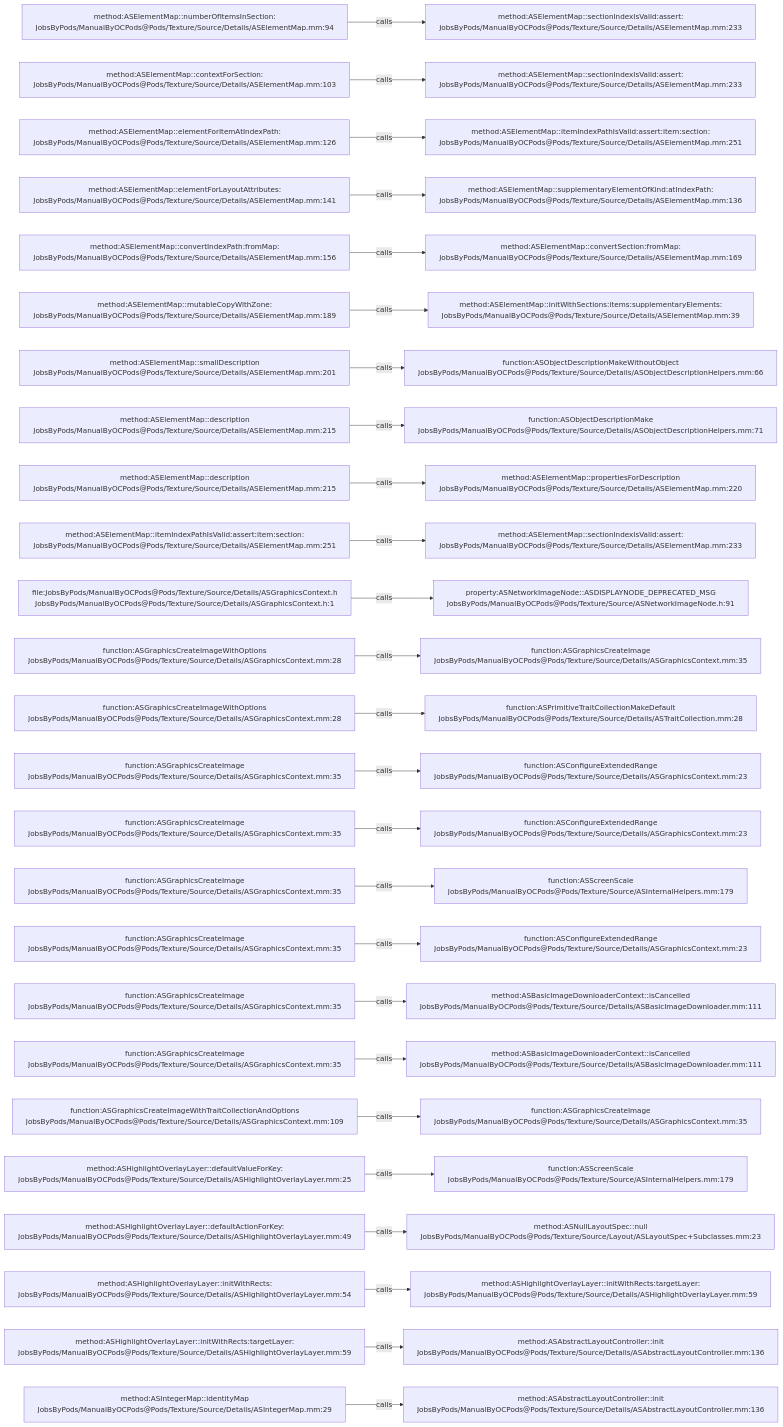
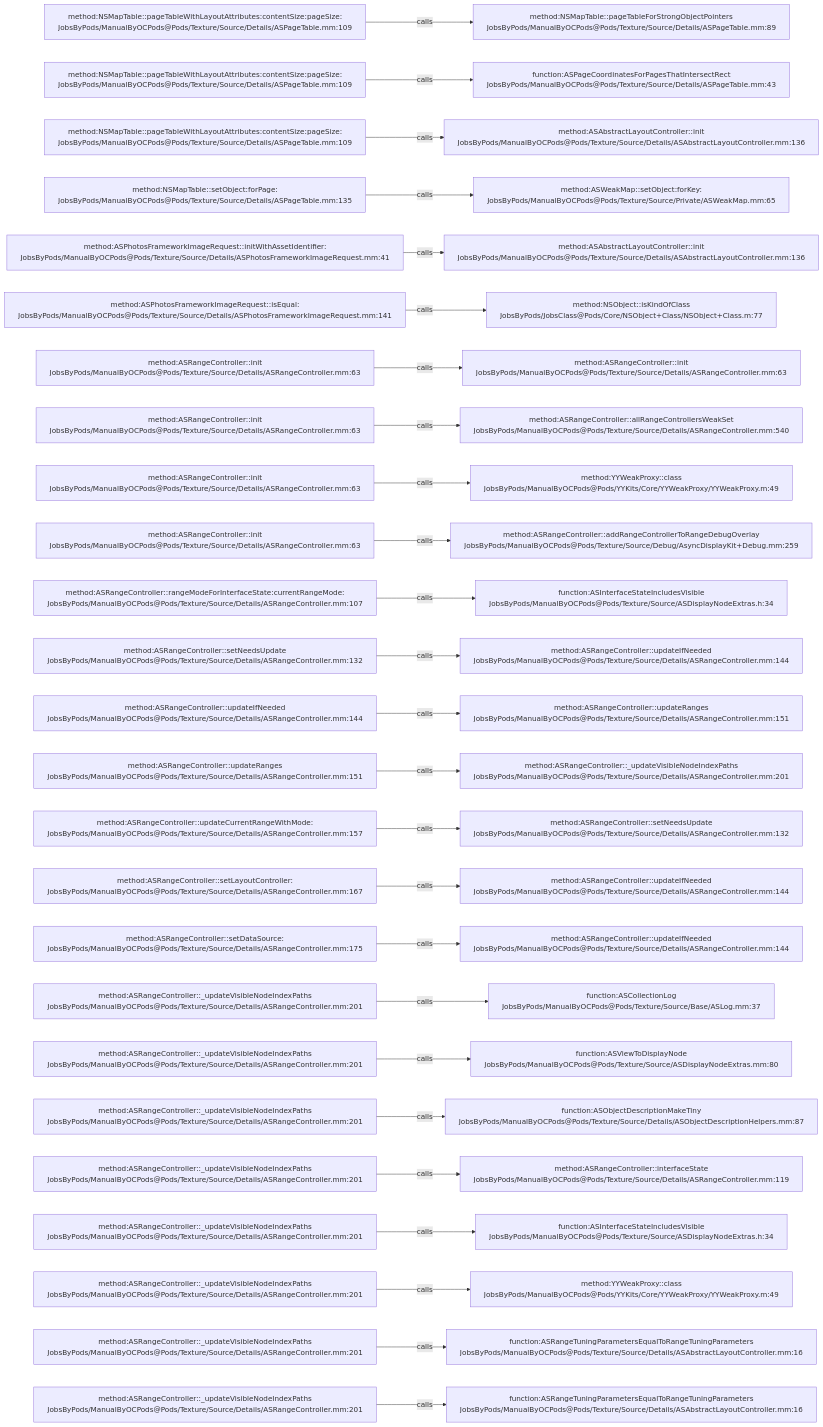
One commit to JobsKits/JobsOCBaseConfigDemo changed the diagram in .codegraph/codegraph.md/graphs/calls-165.md. Above: the diagram before and after it, drawn with Mermaid. The commit also changed 1223 other files, not shown here.

````diff
--- a/.codegraph/codegraph.md/graphs/calls-165.md
+++ b/.codegraph/codegraph.md/graphs/calls-165.md
@@ -13,78 +13,78 @@
 ```mermaid
 flowchart LR
-  S1["method:ASElementMap::numberOfItemsInSection:<br/>JobsByPods/ManualByOCPods@Pods/Texture/Source/Details/ASElementMap.mm:94"]
-  T1["method:ASElementMap::sectionIndexIsValid:assert:<br/>JobsByPods/ManualByOCPods@Pods/Texture/Source/Details/ASElementMap.mm:233"]
+  S1["method:NSMapTable::pageTableWithLayoutAttributes:contentSize:pageSize:<br/>JobsByPods/ManualByOCPods@Pods/Texture/Source/Details/ASPageTable.mm:109"]
+  T1["method:NSMapTable::pageTableForStrongObjectPointers<br/>JobsByPods/ManualByOCPods@Pods/Texture/Source/Details/ASPageTable.mm:89"]
   S1 -->|calls| T1
-  S2["method:ASElementMap::contextForSection:<br/>JobsByPods/ManualByOCPods@Pods/Texture/Source/Details/ASElementMap.mm:103"]
-  T2["method:ASElementMap::sectionIndexIsValid:assert:<br/>JobsByPods/ManualByOCPods@Pods/Texture/Source/Details/ASElementMap.mm:233"]
+  S2["method:NSMapTable::pageTableWithLayoutAttributes:contentSize:pageSize:<br/>JobsByPods/ManualByOCPods@Pods/Texture/Source/Details/ASPageTable.mm:109"]
+  T2["function:ASPageCoordinatesForPagesThatIntersectRect<br/>JobsByPods/ManualByOCPods@Pods/Texture/Source/Details/ASPageTable.mm:43"]
   S2 -->|calls| T2
-  S3["method:ASElementMap::elementForItemAtIndexPath:<br/>JobsByPods/ManualByOCPods@Pods/Texture/Source/Details/ASElementMap.mm:126"]
-  T3["method:ASElementMap::itemIndexPathIsValid:assert:item:section:<br/>JobsByPods/ManualByOCPods@Pods/Texture/Source/Details/ASElementMap.mm:251"]
+  S3["method:NSMapTable::pageTableWithLayoutAttributes:contentSize:pageSize:<br/>JobsByPods/ManualByOCPods@Pods/Texture/Source/Details/ASPageTable.mm:109"]
+  T3["method:ASAbstractLayoutController::init<br/>JobsByPods/ManualByOCPods@Pods/Texture/Source/Details/ASAbstractLayoutController.mm:136"]
   S3 -->|calls| T3
-  S4["method:ASElementMap::elementForLayoutAttributes:<br/>JobsByPods/ManualByOCPods@Pods/Texture/Source/Details/ASElementMap.mm:141"]
-  T4["method:ASElementMap::supplementaryElementOfKind:atIndexPath:<br/>JobsByPods/ManualByOCPods@Pods/Texture/Source/Details/ASElementMap.mm:136"]
+  S4["method:NSMapTable::setObject:forPage:<br/>JobsByPods/ManualByOCPods@Pods/Texture/Source/Details/ASPageTable.mm:135"]
+  T4["method:ASWeakMap::setObject:forKey:<br/>JobsByPods/ManualByOCPods@Pods/Texture/Source/Private/ASWeakMap.mm:65"]
   S4 -->|calls| T4
-  S5["method:ASElementMap::convertIndexPath:fromMap:<br/>JobsByPods/ManualByOCPods@Pods/Texture/Source/Details/ASElementMap.mm:156"]
-  T5["method:ASElementMap::convertSection:fromMap:<br/>JobsByPods/ManualByOCPods@Pods/Texture/Source/Details/ASElementMap.mm:169"]
+  S5["method:ASPhotosFrameworkImageRequest::initWithAssetIdentifier:<br/>JobsByPods/ManualByOCPods@Pods/Texture/Source/Details/ASPhotosFrameworkImageRequest.mm:41"]
+  T5["method:ASAbstractLayoutController::init<br/>JobsByPods/ManualByOCPods@Pods/Texture/Source/Details/ASAbstractLayoutController.mm:136"]
   S5 -->|calls| T5
-  S6["method:ASElementMap::mutableCopyWithZone:<br/>JobsByPods/ManualByOCPods@Pods/Texture/Source/Details/ASElementMap.mm:189"]
-  T6["method:ASElementMap::initWithSections:items:supplementaryElements:<br/>JobsByPods/ManualByOCPods@Pods/Texture/Source/Details/ASElementMap.mm:39"]
+  S6["method:ASPhotosFrameworkImageRequest::isEqual:<br/>JobsByPods/ManualByOCPods@Pods/Texture/Source/Details/ASPhotosFrameworkImageRequest.mm:141"]
+  T6["method:NSObject::isKindOfClass<br/>JobsByPods/JobsClass@Pods/Core/NSObject+Class/NSObject+Class.m:77"]
   S6 -->|calls| T6
-  S7["method:ASElementMap::smallDescription<br/>JobsByPods/ManualByOCPods@Pods/Texture/Source/Details/ASElementMap.mm:201"]
-  T7["function:ASObjectDescriptionMakeWithoutObject<br/>JobsByPods/ManualByOCPods@Pods/Texture/Source/Details/ASObjectDescriptionHelpers.mm:66"]
+  S7["method:ASRangeController::init<br/>JobsByPods/ManualByOCPods@Pods/Texture/Source/Details/ASRangeController.mm:63"]
+  T7["method:ASRangeController::init<br/>JobsByPods/ManualByOCPods@Pods/Texture/Source/Details/ASRangeController.mm:63"]
   S7 -->|calls| T7
-  S8["method:ASElementMap::description<br/>JobsByPods/ManualByOCPods@Pods/Texture/Source/Details/ASElementMap.mm:215"]
-  T8["function:ASObjectDescriptionMake<br/>JobsByPods/ManualByOCPods@Pods/Texture/Source/Details/ASObjectDescriptionHelpers.mm:71"]
+  S8["method:ASRangeController::init<br/>JobsByPods/ManualByOCPods@Pods/Texture/Source/Details/ASRangeController.mm:63"]
+  T8["method:ASRangeController::allRangeControllersWeakSet<br/>JobsByPods/ManualByOCPods@Pods/Texture/Source/Details/ASRangeController.mm:540"]
   S8 -->|calls| T8
-  S9["method:ASElementMap::description<br/>JobsByPods/ManualByOCPods@Pods/Texture/Source/Details/ASElementMap.mm:215"]
-  T9["method:ASElementMap::propertiesForDescription<br/>JobsByPods/ManualByOCPods@Pods/Texture/Source/Details/ASElementMap.mm:220"]
+  S9["method:ASRangeController::init<br/>JobsByPods/ManualByOCPods@Pods/Texture/Source/Details/ASRangeController.mm:63"]
+  T9["method:YYWeakProxy::class<br/>JobsByPods/ManualByOCPods@Pods/YYKits/Core/YYWeakProxy/YYWeakProxy.m:49"]
   S9 -->|calls| T9
-  S10["method:ASElementMap::itemIndexPathIsValid:assert:item:section:<br/>JobsByPods/ManualByOCPods@Pods/Texture/Source/Details/ASElementMap.mm:251"]
-  T10["method:ASElementMap::sectionIndexIsValid:assert:<br/>JobsByPods/ManualByOCPods@Pods/Texture/Source/Details/ASElementMap.mm:233"]
+  S10["method:ASRangeController::init<br/>JobsByPods/ManualByOCPods@Pods/Texture/Source/Details/ASRangeController.mm:63"]
+  T10["method:ASRangeController::addRangeControllerToRangeDebugOverlay<br/>JobsByPods/ManualByOCPods@Pods/Texture/Source/Debug/AsyncDisplayKit+Debug.mm:259"]
   S10 -->|calls| T10
-  S11["file:JobsByPods/ManualByOCPods@Pods/Texture/Source/Details/ASGraphicsContext.h<br/>JobsByPods/ManualByOCPods@Pods/Texture/Source/Details/ASGraphicsContext.h:1"]
-  T11["property:ASNetworkImageNode::ASDISPLAYNODE_DEPRECATED_MSG<br/>JobsByPods/ManualByOCPods@Pods/Texture/Source/ASNetworkImageNode.h:91"]
+  S11["method:ASRangeController::rangeModeForInterfaceState:currentRangeMode:<br/>JobsByPods/ManualByOCPods@Pods/Texture/Source/Details/ASRangeController.mm:107"]
+  T11["function:ASInterfaceStateIncludesVisible<br/>JobsByPods/ManualByOCPods@Pods/Texture/Source/ASDisplayNodeExtras.h:34"]
   S11 -->|calls| T11
-  S12["function:ASGraphicsCreateImageWithOptions<br/>JobsByPods/ManualByOCPods@Pods/Texture/Source/Details/ASGraphicsContext.mm:28"]
-  T12["function:ASGraphicsCreateImage<br/>JobsByPods/ManualByOCPods@Pods/Texture/Source/Details/ASGraphicsContext.mm:35"]
+  S12["method:ASRangeController::setNeedsUpdate<br/>JobsByPods/ManualByOCPods@Pods/Texture/Source/Details/ASRangeController.mm:132"]
+  T12["method:ASRangeController::updateIfNeeded<br/>JobsByPods/ManualByOCPods@Pods/Texture/Source/Details/ASRangeController.mm:144"]
   S12 -->|calls| T12
-  S13["function:ASGraphicsCreateImageWithOptions<br/>JobsByPods/ManualByOCPods@Pods/Texture/Source/Details/ASGraphicsContext.mm:28"]
-  T13["function:ASPrimitiveTraitCollectionMakeDefault<br/>JobsByPods/ManualByOCPods@Pods/Texture/Source/Details/ASTraitCollection.mm:28"]
+  S13["method:ASRangeController::updateIfNeeded<br/>JobsByPods/ManualByOCPods@Pods/Texture/Source/Details/ASRangeController.mm:144"]
+  T13["method:ASRangeController::updateRanges<br/>JobsByPods/ManualByOCPods@Pods/Texture/Source/Details/ASRangeController.mm:151"]
   S13 -->|calls| T13
-  S14["function:ASGraphicsCreateImage<br/>JobsByPods/ManualByOCPods@Pods/Texture/Source/Details/ASGraphicsContext.mm:35"]
-  T14["function:ASConfigureExtendedRange<br/>JobsByPods/ManualByOCPods@Pods/Texture/Source/Details/ASGraphicsContext.mm:23"]
+  S14["method:ASRangeController::updateRanges<br/>JobsByPods/ManualByOCPods@Pods/Texture/Source/Details/ASRangeController.mm:151"]
+  T14["method:ASRangeController::_updateVisibleNodeIndexPaths<br/>JobsByPods/ManualByOCPods@Pods/Texture/Source/Details/ASRangeController.mm:201"]
   S14 -->|calls| T14
-  S15["function:ASGraphicsCreateImage<br/>JobsByPods/ManualByOCPods@Pods/Texture/Source/Details/ASGraphicsContext.mm:35"]
-  T15["function:ASConfigureExtendedRange<br/>JobsByPods/ManualByOCPods@Pods/Texture/Source/Details/ASGraphicsContext.mm:23"]
+  S15["method:ASRangeController::updateCurrentRangeWithMode:<br/>JobsByPods/ManualByOCPods@Pods/Texture/Source/Details/ASRangeController.mm:157"]
+  T15["method:ASRangeController::setNeedsUpdate<br/>JobsByPods/ManualByOCPods@Pods/Texture/Source/Details/ASRangeController.mm:132"]
   S15 -->|calls| T15
-  S16["function:ASGraphicsCreateImage<br/>JobsByPods/ManualByOCPods@Pods/Texture/Source/Details/ASGraphicsContext.mm:35"]
-  T16["function:ASScreenScale<br/>JobsByPods/ManualByOCPods@Pods/Texture/Source/ASInternalHelpers.mm:179"]
+  S16["method:ASRangeController::setLayoutController:<br/>JobsByPods/ManualByOCPods@Pods/Texture/Source/Details/ASRangeController.mm:167"]
+  T16["method:ASRangeController::updateIfNeeded<br/>JobsByPods/ManualByOCPods@Pods/Texture/Source/Details/ASRangeController.mm:144"]
   S16 -->|calls| T16
-  S17["function:ASGraphicsCreateImage<br/>JobsByPods/ManualByOCPods@Pods/Texture/Source/Details/ASGraphicsContext.mm:35"]
-  T17["function:ASConfigureExtendedRange<br/>JobsByPods/ManualByOCPods@Pods/Texture/Source/Details/ASGraphicsContext.mm:23"]
+  S17["method:ASRangeController::setDataSource:<br/>JobsByPods/ManualByOCPods@Pods/Texture/Source/Details/ASRangeController.mm:175"]
+  T17["method:ASRangeController::updateIfNeeded<br/>JobsByPods/ManualByOCPods@Pods/Texture/Source/Details/ASRangeController.mm:144"]
   S17 -->|calls| T17
-  S18["function:ASGraphicsCreateImage<br/>JobsByPods/ManualByOCPods@Pods/Texture/Source/Details/ASGraphicsContext.mm:35"]
-  T18["method:ASBasicImageDownloaderContext::isCancelled<br/>JobsByPods/ManualByOCPods@Pods/Texture/Source/Details/ASBasicImageDownloader.mm:111"]
+  S18["method:ASRangeController::_updateVisibleNodeIndexPaths<br/>JobsByPods/ManualByOCPods@Pods/Texture/Source/Details/ASRangeController.mm:201"]
+  T18["function:ASCollectionLog<br/>JobsByPods/ManualByOCPods@Pods/Texture/Source/Base/ASLog.mm:37"]
   S18 -->|calls| T18
-  S19["function:ASGraphicsCreateImage<br/>JobsByPods/ManualByOCPods@Pods/Texture/Source/Details/ASGraphicsContext.mm:35"]
-  T19["method:ASBasicImageDownloaderContext::isCancelled<br/>JobsByPods/ManualByOCPods@Pods/Texture/Source/Details/ASBasicImageDownloader.mm:111"]
+  S19["method:ASRangeController::_updateVisibleNodeIndexPaths<br/>JobsByPods/ManualByOCPods@Pods/Texture/Source/Details/ASRangeController.mm:201"]
+  T19["function:ASViewToDisplayNode<br/>JobsByPods/ManualByOCPods@Pods/Texture/Source/ASDisplayNodeExtras.mm:80"]
   S19 -->|calls| T19
-  S20["function:ASGraphicsCreateImageWithTraitCollectionAndOptions<br/>JobsByPods/ManualByOCPods@Pods/Texture/Source/Details/ASGraphicsContext.mm:109"]
-  T20["function:ASGraphicsCreateImage<br/>JobsByPods/ManualByOCPods@Pods/Texture/Source/Details/ASGraphicsContext.mm:35"]
+  S20["method:ASRangeController::_updateVisibleNodeIndexPaths<br/>JobsByPods/ManualByOCPods@Pods/Texture/Source/Details/ASRangeController.mm:201"]
+  T20["function:ASObjectDescriptionMakeTiny<br/>JobsByPods/ManualByOCPods@Pods/Texture/Source/Details/ASObjectDescriptionHelpers.mm:87"]
   S20 -->|calls| T20
-  S21["method:ASHighlightOverlayLayer::defaultValueForKey:<br/>JobsByPods/ManualByOCPods@Pods/Texture/Source/Details/ASHighlightOverlayLayer.mm:25"]
-  T21["function:ASScreenScale<br/>JobsByPods/ManualByOCPods@Pods/Texture/Source/ASInternalHelpers.mm:179"]
+  S21["method:ASRangeController::_updateVisibleNodeIndexPaths<br/>JobsByPods/ManualByOCPods@Pods/Texture/Source/Details/ASRangeController.mm:201"]
+  T21["method:ASRangeController::interfaceState<br/>JobsByPods/ManualByOCPods@Pods/Texture/Source/Details/ASRangeController.mm:119"]
   S21 -->|calls| T21
-  S22["method:ASHighlightOverlayLayer::defaultActionForKey:<br/>JobsByPods/ManualByOCPods@Pods/Texture/Source/Details/ASHighlightOverlayLayer.mm:49"]
-  T22["method:ASNullLayoutSpec::null<br/>JobsByPods/ManualByOCPods@Pods/Texture/Source/Layout/ASLayoutSpec+Subclasses.mm:23"]
+  S22["method:ASRangeController::_updateVisibleNodeIndexPaths<br/>JobsByPods/ManualByOCPods@Pods/Texture/Source/Details/ASRangeController.mm:201"]
+  T22["function:ASInterfaceStateIncludesVisible<br/>JobsByPods/ManualByOCPods@Pods/Texture/Source/ASDisplayNodeExtras.h:34"]
   S22 -->|calls| T22
-  S23["method:ASHighlightOverlayLayer::initWithRects:<br/>JobsByPods/ManualByOCPods@Pods/Texture/Source/Details/ASHighlightOverlayLayer.mm:54"]
-  T23["method:ASHighlightOverlayLayer::initWithRects:targetLayer:<br/>JobsByPods/ManualByOCPods@Pods/Texture/Source/Details/ASHighlightOverlayLayer.mm:59"]
+  S23["method:ASRangeController::_updateVisibleNodeIndexPaths<br/>JobsByPods/ManualByOCPods@Pods/Texture/Source/Details/ASRangeController.mm:201"]
+  T23["method:YYWeakProxy::class<br/>JobsByPods/ManualByOCPods@Pods/YYKits/Core/YYWeakProxy/YYWeakProxy.m:49"]
   S23 -->|calls| T23
-  S24["method:ASHighlightOverlayLayer::initWithRects:targetLayer:<br/>JobsByPods/ManualByOCPods@Pods/Texture/Source/Details/ASHighlightOverlayLayer.mm:59"]
-  T24["method:ASAbstractLayoutController::init<br/>JobsByPods/ManualByOCPods@Pods/Texture/Source/Details/ASAbstractLayoutController.mm:136"]
+  S24["method:ASRangeController::_updateVisibleNodeIndexPaths<br/>JobsByPods/ManualByOCPods@Pods/Texture/Source/Details/ASRangeController.mm:201"]
+  T24["function:ASRangeTuningParametersEqualToRangeTuningParameters<br/>JobsByPods/ManualByOCPods@Pods/Texture/Source/Details/ASAbstractLayoutController.mm:16"]
   S24 -->|calls| T24
-  S25["method:ASIntegerMap::identityMap<br/>JobsByPods/ManualByOCPods@Pods/Texture/Source/Details/ASIntegerMap.mm:29"]
-  T25["method:ASAbstractLayoutController::init<br/>JobsByPods/ManualByOCPods@Pods/Texture/Source/Details/ASAbstractLayoutController.mm:136"]
+  S25["method:ASRangeController::_updateVisibleNodeIndexPaths<br/>JobsByPods/ManualByOCPods@Pods/Texture/Source/Details/ASRangeController.mm:201"]
+  T25["function:ASRangeTuningParametersEqualToRangeTuningParameters<br/>JobsByPods/ManualByOCPods@Pods/Texture/Source/Details/ASAbstractLayoutController.mm:16"]
   S25 -->|calls| T25
 ```
````
